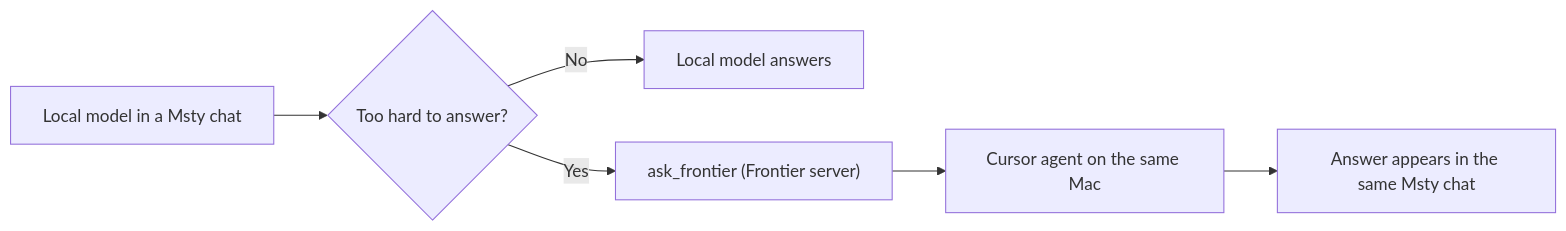
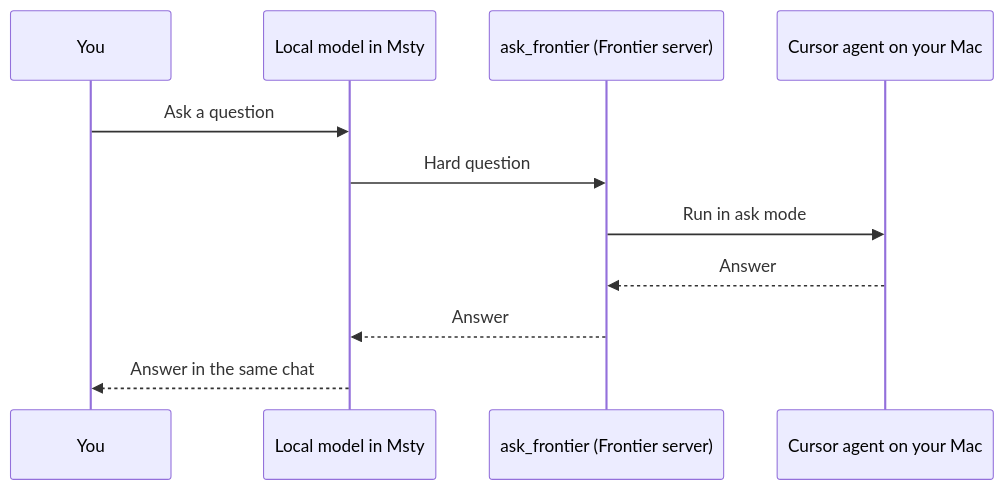
One commit to M-Pineapple/msty-admin-mcp changed the third of 4 diagrams in README.md. Above: the diagram before and after it, drawn with Mermaid. The commit also changed other lines of this file, not shown here.

Commit message:
docs: lead README with the hybrid local and cloud setup

````diff
--- a/README.md
+++ b/README.md
@@ -88,8 +67,13 @@
 ```mermaid
-flowchart LR
-    L["Local model in a Msty chat"] --> Q{"Too hard to answer?"}
-    Q -- "No" --> N["Local model answers"]
-    Q -- "Yes" --> F["ask_frontier (Frontier server)"]
-    F --> C["Cursor agent on the same Mac"]
-    C --> B["Answer appears in the same Msty chat"]
+sequenceDiagram
+    participant You
+    participant Local as Local model in Msty
+    participant F as ask_frontier (Frontier server)
+    participant C as Cursor agent on your Mac
+    You->>Local: Ask a question
+    Local->>F: Hard question
+    F->>C: Run in ask mode
+    C-->>F: Answer
+    F-->>Local: Answer
+    Local-->>You: Answer in the same chat
 ```
````
